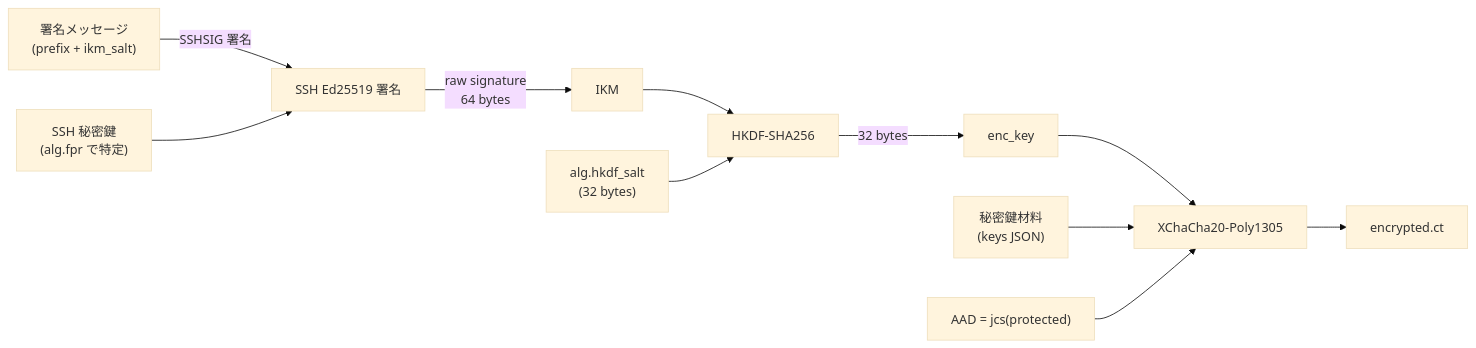
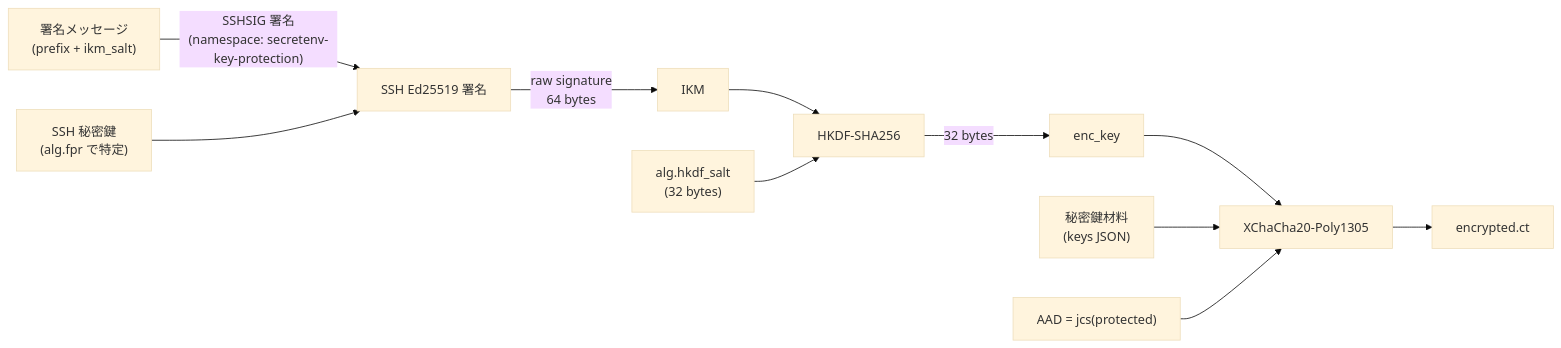
The fifth of 6 diagrams in guides/security_design_ja.md (ebisawa/kapsaro), drawn with Mermaid (base theme) before and after one commit. The commit also changed other lines of this file and 29 other files, not shown here.

````diff
--- a/guides/security_design_ja.md
+++ b/guides/security_design_ja.md
@@ -914,13 +914,13 @@
 ```mermaid
 graph LR
-    Msg["署名メッセージ<br/>(prefix + ikm_salt)"] -->|SSHSIG 署名| SSHSign["SSH Ed25519 署名"]
+    Msg["署名メッセージ<br/>(prefix + ikm_salt)"] -->|"SSHSIG 署名<br/>(namespace: secretenv-key-protection)"| SSHSign["SSH Ed25519 署名"]
     SSHKey["SSH 秘密鍵<br/>(alg.fpr で特定)"] --> SSHSign
     SSHSign -->|"raw signature<br/>64 bytes"| IKM["IKM"]
     IKM --> HKDF["HKDF-SHA256"]
     Salt["alg.hkdf_salt<br/>(32 bytes)"] --> HKDF
     HKDF -->|32 bytes| EncKey["enc_key"]
     EncKey --> AEAD["XChaCha20-Poly1305"]
     Plaintext["秘密鍵材料<br/>(keys JSON)"] --> AEAD
     AAD["AAD = jcs(protected)"] --> AEAD
     AEAD --> CT["encrypted.ct"]
 ```
````
